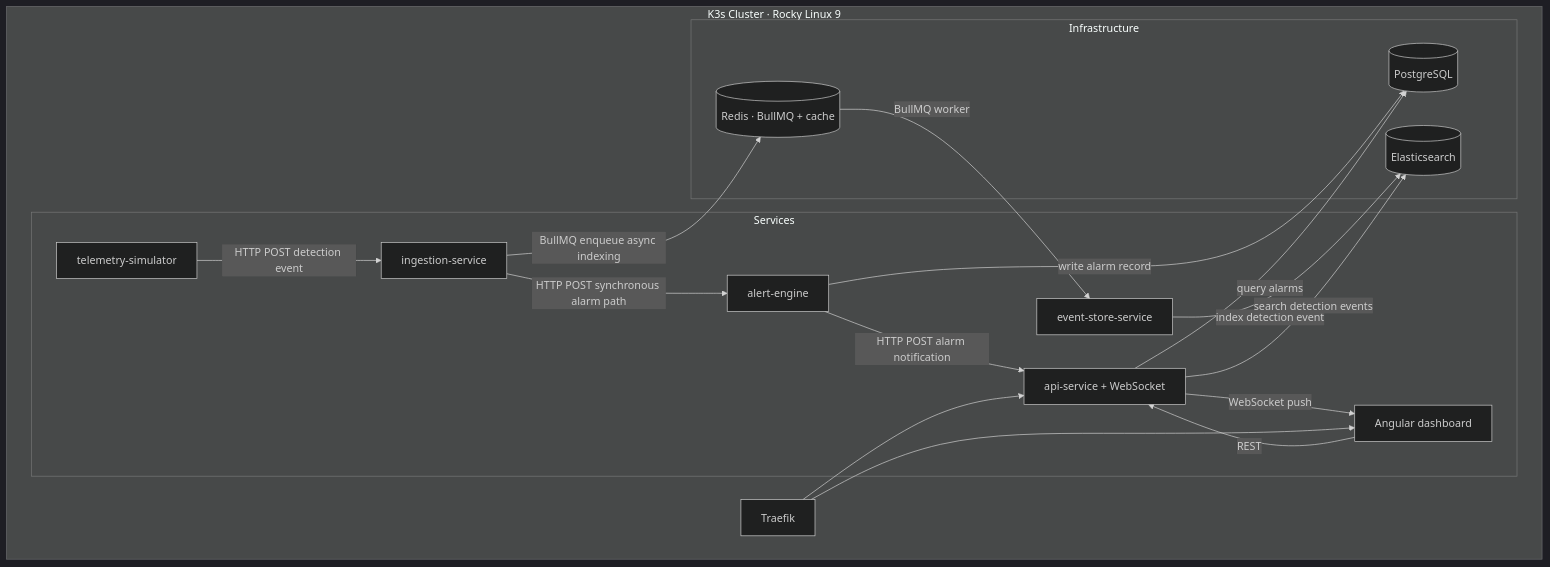
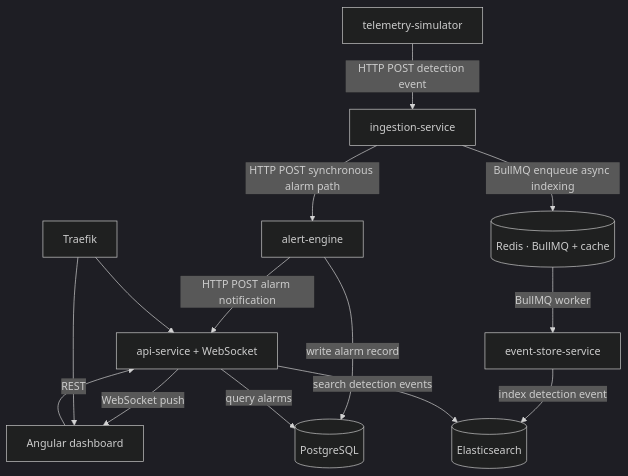
The diagram in README.md (ApeOnFire/c2-threat-detection), drawn with Mermaid (dark theme) before and after one commit.

Commit message:
Improved mermaid layout

````diff
--- a/README.md
+++ b/README.md
@@ -24,33 +24,27 @@
 ```mermaid
 graph TD
-    subgraph k8s["K3s Cluster · Rocky Linux 9"]
-        subgraph svc["Services"]
-            SIM["telemetry-simulator"]
-            ING["ingestion-service"]
-            ALERT["alert-engine"]
-            EVT["event-store-service"]
-            API["api-service + WebSocket"]
-            ANG["Angular dashboard"]
-        end
-        subgraph infra["Infrastructure"]
-            REDIS[("Redis · BullMQ + cache")]
-            PG[("PostgreSQL")]
-            ES[("Elasticsearch")]
-        end
-        INGRESS["Traefik"]
-    end
+    INGRESS["Traefik"]
+    SIM["telemetry-simulator"]
+    ING["ingestion-service"]
+    ALERT["alert-engine"]
+    REDIS[("Redis · BullMQ + cache")]
+    EVT["event-store-service"]
+    PG[("PostgreSQL")]
+    ES[("Elasticsearch")]
+    API["api-service + WebSocket"]
+    ANG["Angular dashboard"]
 
     SIM -->|HTTP POST detection event| ING
     ING -->|HTTP POST synchronous alarm path| ALERT
     ING -->|BullMQ enqueue async indexing| REDIS
     REDIS -->|BullMQ worker| EVT
     ALERT -->|write alarm record| PG
     ALERT -->|HTTP POST alarm notification| API
     EVT -->|index detection event| ES
     API -->|query alarms| PG
     API -->|search detection events| ES
     API -->|WebSocket push| ANG
     ANG -->|REST| API
     INGRESS --> API
     INGRESS --> ANG
 ```
````
